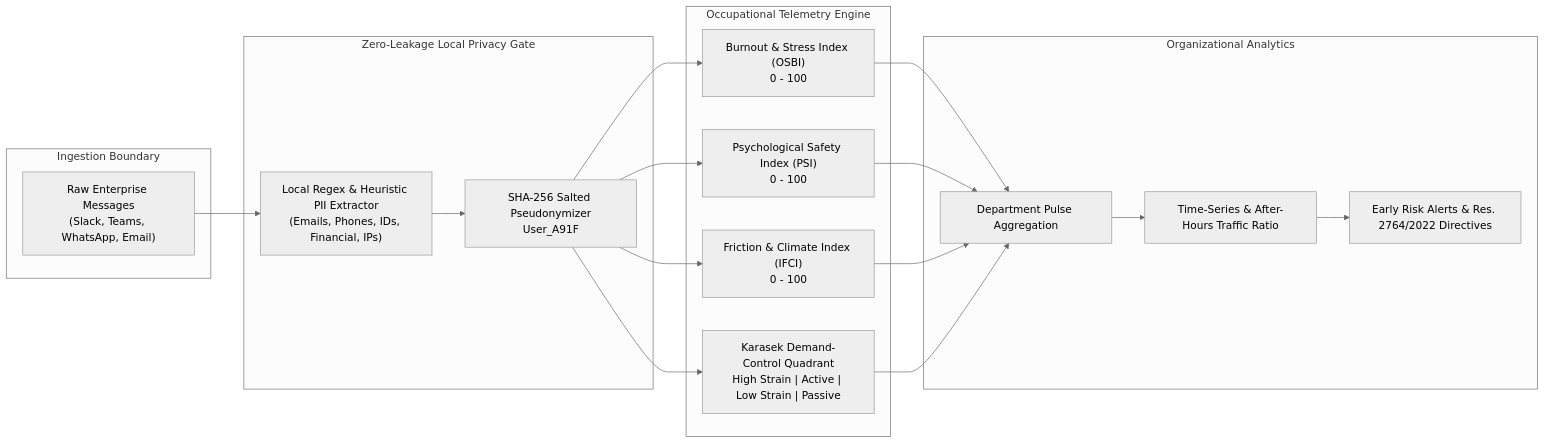
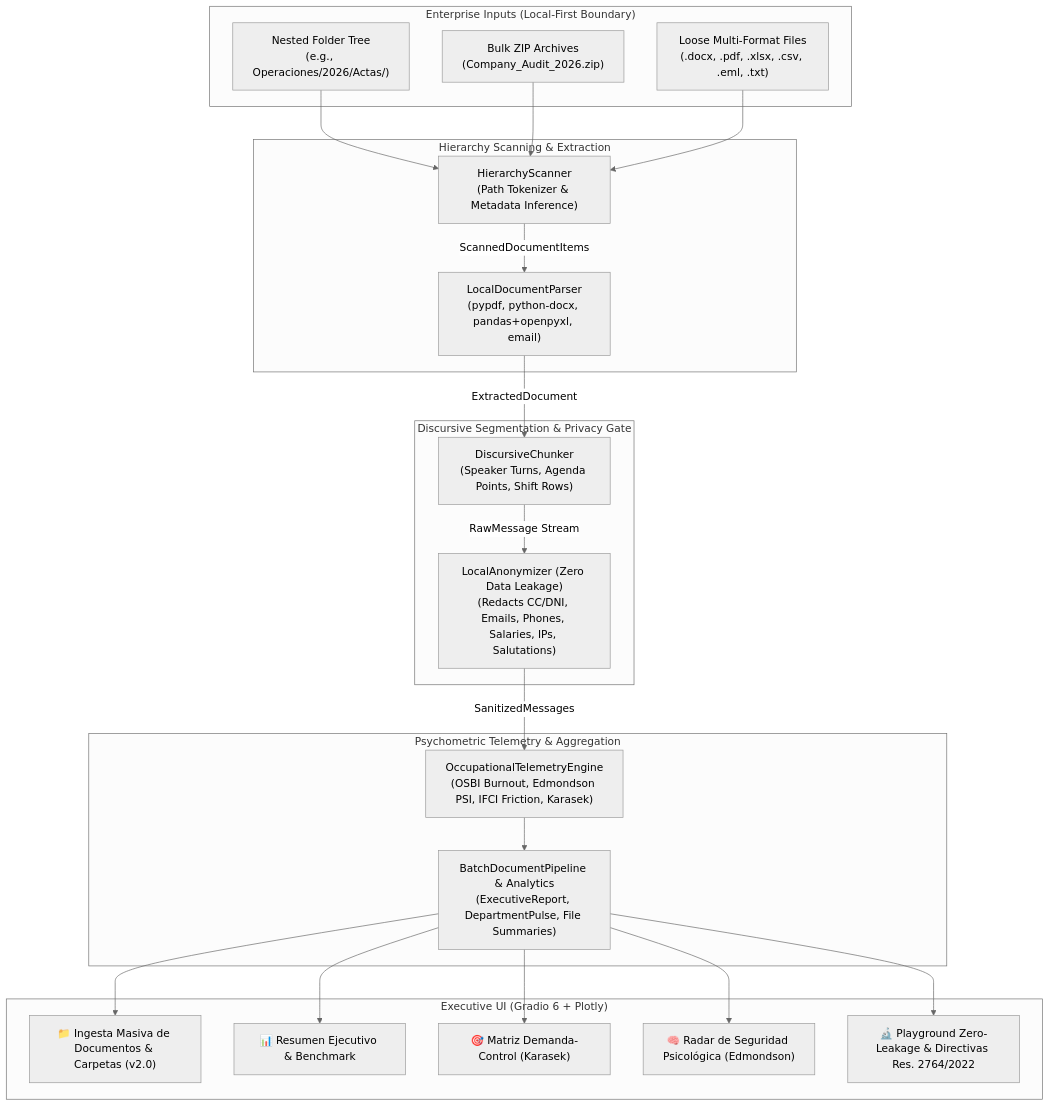
One commit to neurodeveloper11/workplace-pulse-telemetry changed the second of 2 diagrams in README.md. Above: the diagram before and after it, drawn with Mermaid (neutral theme). The commit also changed other lines of this file and 18 other files, not shown here.

Commit message:
feat(v2.0): implement local-first multi-format ingestion engine and discursive chunking

````diff
--- a/README.md
+++ b/README.md
@@ -58,33 +66,38 @@
 ```mermaid
-flowchart LR
-    subgraph Ingestion ["Ingestion Boundary"]
-        A["Raw Enterprise Messages<br/>(Slack, Teams, WhatsApp, Email)"]
+flowchart TD
+    subgraph InputLayer ["Enterprise Inputs (Local-First Boundary)"]
+        A1["Nested Folder Tree<br/>(e.g., Operaciones/2026/Actas/)"]
+        A2["Bulk ZIP Archives<br/>(Company_Audit_2026.zip)"]
+        A3["Loose Multi-Format Files<br/>(.docx, .pdf, .xlsx, .csv, .eml, .txt)"]
     end
 
-    subgraph PrivacyGate ["Zero-Leakage Local Privacy Gate"]
-        B["Local Regex & Heuristic PII Extractor<br/>(Emails, Phones, IDs, Financial, IPs)"]
-        C["SHA-256 Salted Pseudonymizer<br/>User_A91F"]
-        B --> C
+    subgraph ScannerParser ["Hierarchy Scanning & Extraction"]
+        B["HierarchyScanner<br/>(Path Tokenizer & Metadata Inference)"]
+        C["LocalDocumentParser<br/>(pypdf, python-docx, pandas+openpyxl, email)"]
+        A1 & A2 & A3 --> B
+        B -->|ScannedDocumentItems| C
     end
 
-    subgraph Telemetry ["Occupational Telemetry Engine"]
-        D["Burnout & Stress Index (OSBI)<br/>0 - 100"]
-        E["Psychological Safety Index (PSI)<br/>0 - 100"]
-        F["Friction & Climate Index (IFCI)<br/>0 - 100"]
-        G["Karasek Demand-Control Quadrant<br/>High Strain | Active | Low Strain | Passive"]
+    subgraph ChunkerAnonymizer ["Discursive Segmentation & Privacy Gate"]
+        D["DiscursiveChunker<br/>(Speaker Turns, Agenda Points, Shift Rows)"]
+        E["LocalAnonymizer (Zero Data Leakage)<br/>(Redacts CC/DNI, Emails, Phones, Salaries, IPs, Salutations)"]
+        C -->|ExtractedDocument| D
+        D -->|RawMessage Stream| E
     end
 
-    subgraph Aggregator ["Organizational Analytics"]
-        H["Department Pulse Aggregation"]
-        I["Time-Series & After-Hours Traffic Ratio"]
-        J["Early Risk Alerts & Res. 2764/2022 Directives"]
+    subgraph TelemetryAnalytics ["Psychometric Telemetry & Aggregation"]
+        F["OccupationalTelemetryEngine<br/>(OSBI Burnout, Edmondson PSI, IFCI Friction, Karasek)"]
+        G["BatchDocumentPipeline & Analytics<br/>(ExecutiveReport, DepartmentPulse, File Summaries)"]
+        E -->|SanitizedMessages| F
+        F --> G
     end
 
-    A --> B
-    C --> D
-    C --> E
-    C --> F
-    C --> G
-    D & E & F & G --> H
-    H --> I --> J
+    subgraph Visualization ["Executive UI (Gradio 6 + Plotly)"]
+        H["📁 Ingesta Masiva de Documentos & Carpetas (v2.0)"]
+        I["📊 Resumen Ejecutivo & Benchmark"]
+        J["🎯 Matriz Demanda-Control (Karasek)"]
+        K["🧠 Radar de Seguridad Psicológica (Edmondson)"]
+        L["🔬 Playground Zero-Leakage & Directivas Res. 2764/2022"]
+        G --> H & I & J & K & L
+    end
 ```
````
